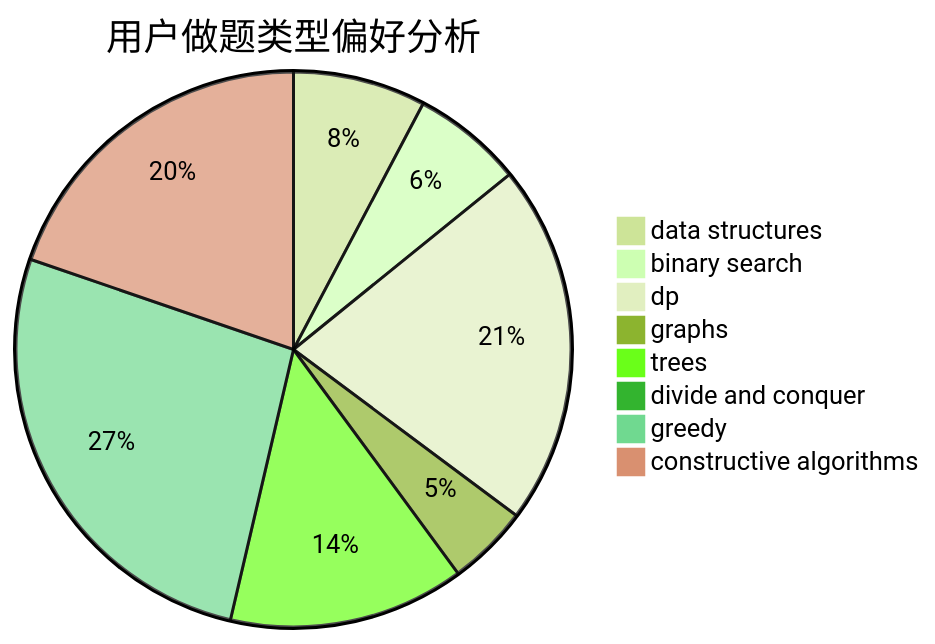
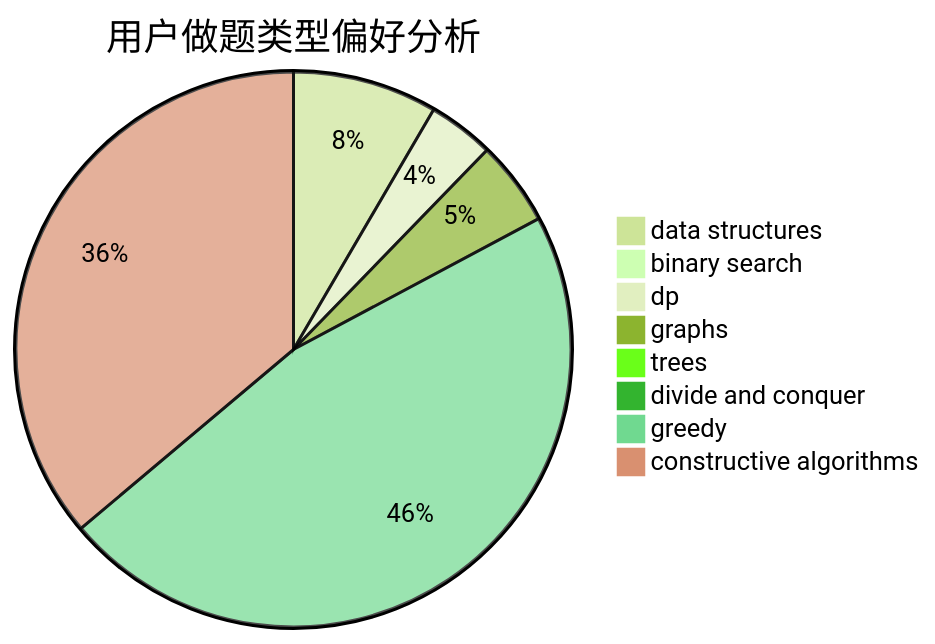
The second of 3 diagrams in docs/user/u990.md (sherpahu/cfrs.github.io), drawn with Mermaid (forest theme) before and after one commit. The commit also changed other lines of this file and 2770 other files, not shown here.

````diff
--- a/docs/user/u990.md
+++ b/docs/user/u990.md
@@ -23,11 +23,11 @@
 ```mermaid
 pie title 用户做题类型偏好分析
-    "data structures" :  18
-    "binary search" :  15
-    "dp" :  49
-    "graphs" :  11
-    "trees" :  32
+    "data structures" :  92
+    "binary search" :  0
+    "dp" :  42
+    "graphs" :  54
+    "trees" :  8
     "divide and conquer" :  0
-    "greedy" :  62
-    "constructive algorithms" :  46
+    "greedy" :  510
+    "constructive algorithms" :  395
 ```
````
